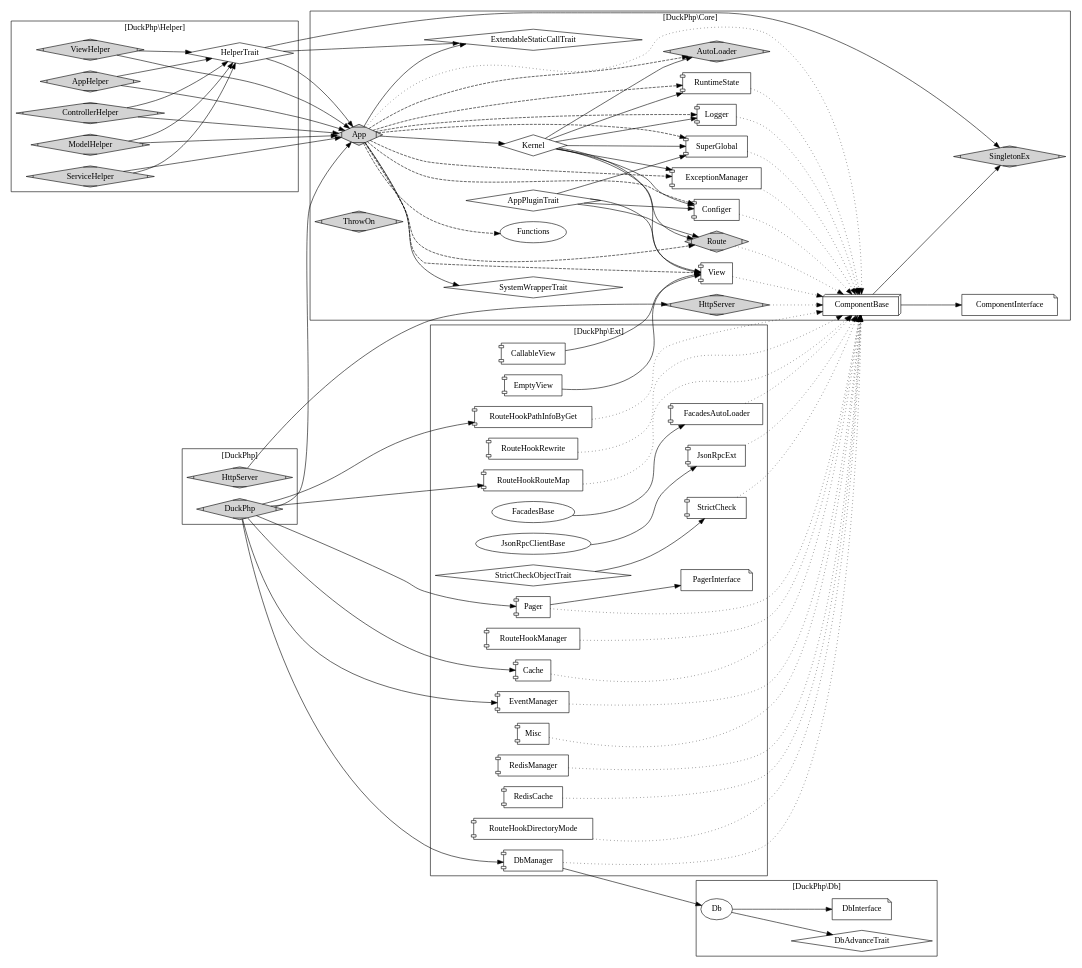
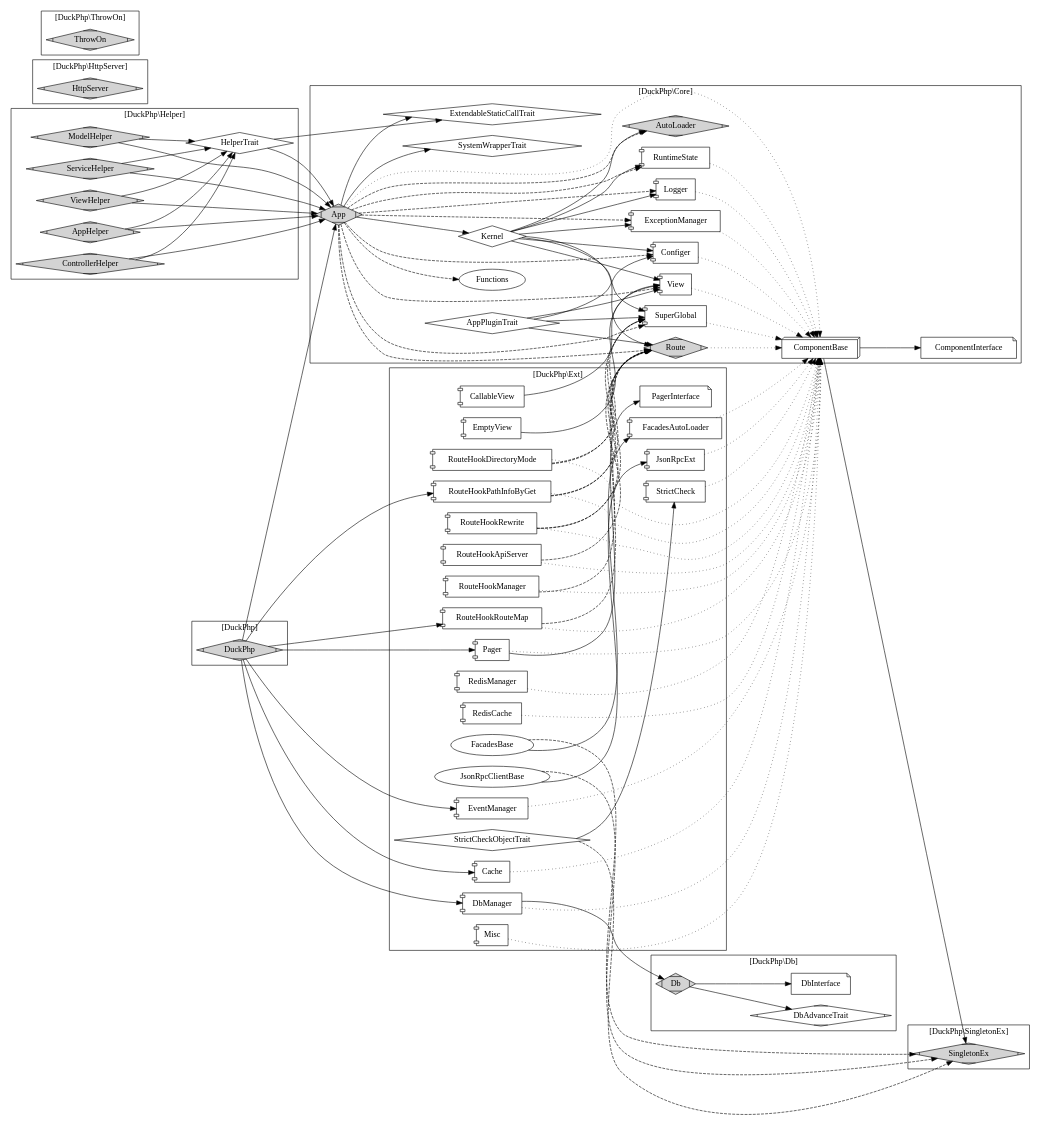
The diagram in doc/duckphp.gv (dvaknheo/duckphp), drawn with Graphviz before and after one commit. The commit also changed 38 other files, not shown here.

Commit message:
三连通过，架构大改动， SingletonEx, ThrowOn 放单独目录

```diff
--- a/doc/duckphp.gv
+++ b/doc/duckphp.gv
@@ -1,6 +1,12 @@
-digraph G{
+digraph gDuckPhp{
 /* This is a graphviz file */
 graph [rankdir = "LR"];
+
+subgraph cluster_SingletonEx {
+    label = "[DuckPhp\\SingletonEx]";
+
+    SingletonEx [label="SingletonEx";shape=Mdiamond;style=filled];
+}
 
 subgraph cluster_Core {
     
@@ -9,7 +15,6 @@
     Core_AppPluginTrait [label="AppPluginTrait";shape=diamond];
     Core_App [label="App";shape=Mdiamond;style=filled]; 
     Core_Kernel [label="Kernel";shape="diamond"];
-    Core_SingletonEx [label="SingletonEx";shape=Mdiamond;style=filled];
     Core_AutoLoader [label="AutoLoader";shape=Mdiamond;style=filled];
     Core_ExceptionManager [label="ExceptionManager";shape="component"];
     Core_View [label="View";shape="component"];
@@ -18,13 +23,10 @@
     Core_Route [label="Route";shape=Mdiamond;style=filled];
     Core_RuntimeState [label="RuntimeState";shape="component"];
     Core_SystemWrapperTrait [label="SystemWrapperTrait";shape=diamond];
-    
-    Core_HttpServer [label="HttpServer";shape=Mdiamond;style=filled];
     Core_SuperGlobal [label="SuperGlobal";shape="component"];
 
     Core_ExtendableStaticCallTrait [label="ExtendableStaticCallTrait";shape=diamond];
     
-    Core_ThrowOn [label="ThrowOn";shape=Mdiamond;style=filled];
     Core_ComponentInterface [label="ComponentInterface";shape=note];
     Core_ComponentBase [label="ComponentBase";shape=box3d];
     Core_Functions [label="Functions"];
@@ -69,17 +71,12 @@
     Core_RuntimeState -> Core_ComponentBase [style="dotted"];
     Core_View -> Core_ComponentBase [style="dotted"];
     Core_Logger -> Core_ComponentBase [style="dotted"];
-    Core_HttpServer -> Core_ComponentBase [style="dotted"];
-
     
     Core_ComponentBase -> Core_ComponentInterface;
-    Core_ComponentBase -> Core_SingletonEx;
+    Core_ComponentBase -> SingletonEx;
     
     
 }
-
-
-
 
 subgraph cluster_Helper {
     
@@ -97,7 +94,6 @@
     ModelHelper -> Core_App; 
     ServiceHelper -> Core_App; 
     ViewHelper -> Core_App; 
-    HelperTrait -> Core_SingletonEx;
     HelperTrait -> Core_App;
     HelperTrait -> Core_ExtendableStaticCallTrait ;
     
@@ -112,8 +108,8 @@
 subgraph cluster_Db {
     label = "[DuckPhp\\Db]";
 
-    Db_Db [label="Db"];
-    Db_DbAdvanceTrait [label="DbAdvanceTrait";shape=diamond];
+    Db_Db [label="Db";shape=Mdiamond;style=filled];
+    Db_DbAdvanceTrait [label="DbAdvanceTrait";shape=Mdiamond];
     Db_DbInterface [label="DbInterface";shape=note];
     
     Db_Db -> Db_DbAdvanceTrait;
@@ -137,6 +133,7 @@
     PagerInterface [shape=note];
     RedisManager[shape="component"];
     RedisCache[shape="component"];
+    RouteHookApiServer[shape="component"];
     RouteHookDirectoryMode[shape="component"];
     RouteHookManager[shape="component"];
     RouteHookPathInfoByGet[shape="component"];
@@ -154,6 +151,7 @@
     Pager -> Core_ComponentBase [style="dotted"];
     RedisManager -> Core_ComponentBase [style="dotted"];
     RedisCache -> Core_ComponentBase [style="dotted"];
+    RouteHookApiServer -> Core_ComponentBase [style="dotted"];
     RouteHookDirectoryMode -> Core_ComponentBase [style="dotted"];
     RouteHookManager -> Core_ComponentBase [style="dotted"];
     RouteHookPathInfoByGet -> Core_ComponentBase [style="dotted"];
@@ -166,16 +164,30 @@
     EmptyView ->Core_View;
     DbManager -> Db_Db;
     FacadesBase -> FacadesAutoLoader;
+    FacadesBase -> SingletonEx [style="dashed"];
     JsonRpcClientBase ->JsonRpcExt;
+    JsonRpcClientBase -> SingletonEx [style="dashed"];
+
     Pager -> PagerInterface; 
+    
+    RouteHookApiServer->Core_Route[style="dashed"];
+    RouteHookDirectoryMode->Core_Route[style="dashed"];
+    RouteHookDirectoryMode->Core_SuperGlobal[style="dashed"];
+    RouteHookManager->Core_Route[style="dashed"];
+    RouteHookPathInfoByGet->Core_Route[style="dashed"];
+    RouteHookPathInfoByGet->Core_SuperGlobal[style="dashed"];
+    RouteHookRewrite->Core_Route[style="dashed"];
+    RouteHookRewrite->Core_SuperGlobal[style="dashed"];
+    RouteHookRouteMap->Core_Route[style="dashed"];
+    
     StrictCheckObjectTrait -> StrictCheck; 
+    StrictCheckObjectTrait -> SingletonEx [style="dashed"];
 }
 
 subgraph cluster_DuckPhp {
     label = "[DuckPhp]";
     node [style=filled];
 
-    HttpServer -> Core_HttpServer;
     DuckPhp -> Core_App;
 
     DuckPhp -> RouteHookRouteMap;
@@ -186,8 +198,19 @@
     DuckPhp -> Cache;
 
     DuckPhp [shape=Mdiamond];
-    HttpServer [shape=Mdiamond;style=filled];
+}
+
+subgraph cluster_HttpServer {
+    label = "[DuckPhp\\HttpServer]";
+
+    HttpServer [label="HttpServer";shape=Mdiamond;style=filled];
+}
+
+subgraph cluster_ThrowOn {
+    label = "[DuckPhp\\ThrowOn]";
+
+    ThrowOn [label="ThrowOn";shape=Mdiamond;style=filled];
+}
+
 
 }
-
-}
```
